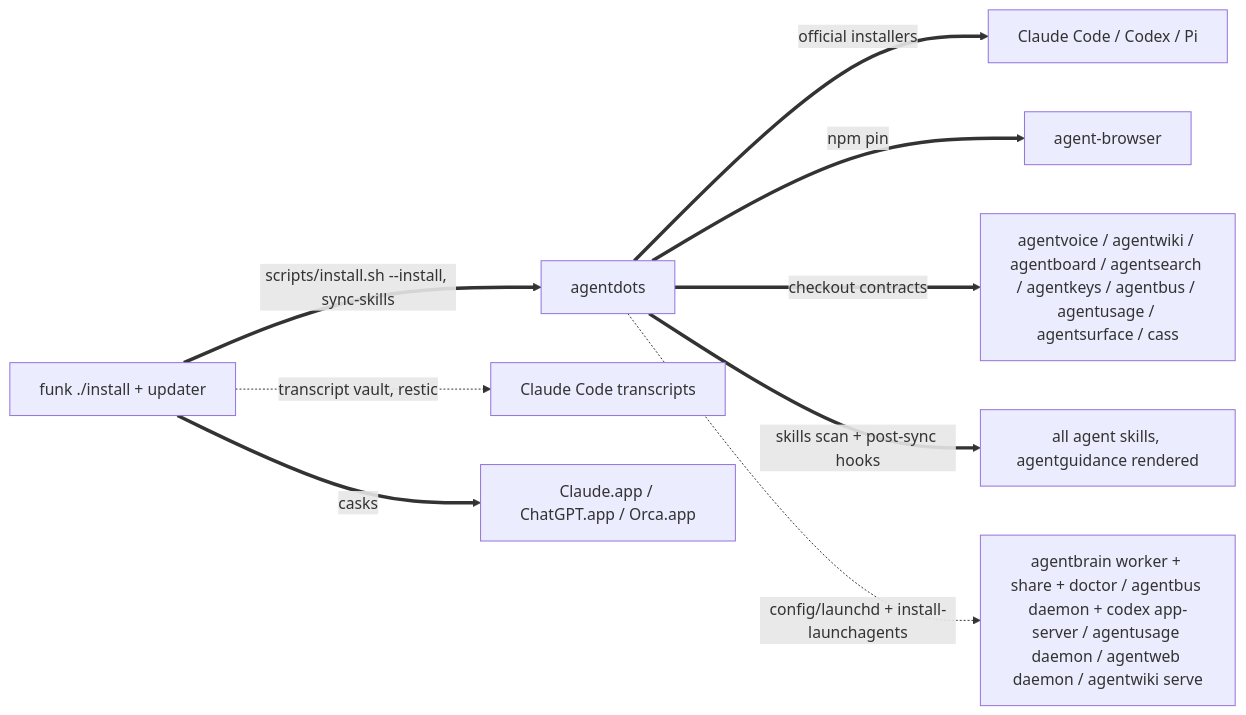
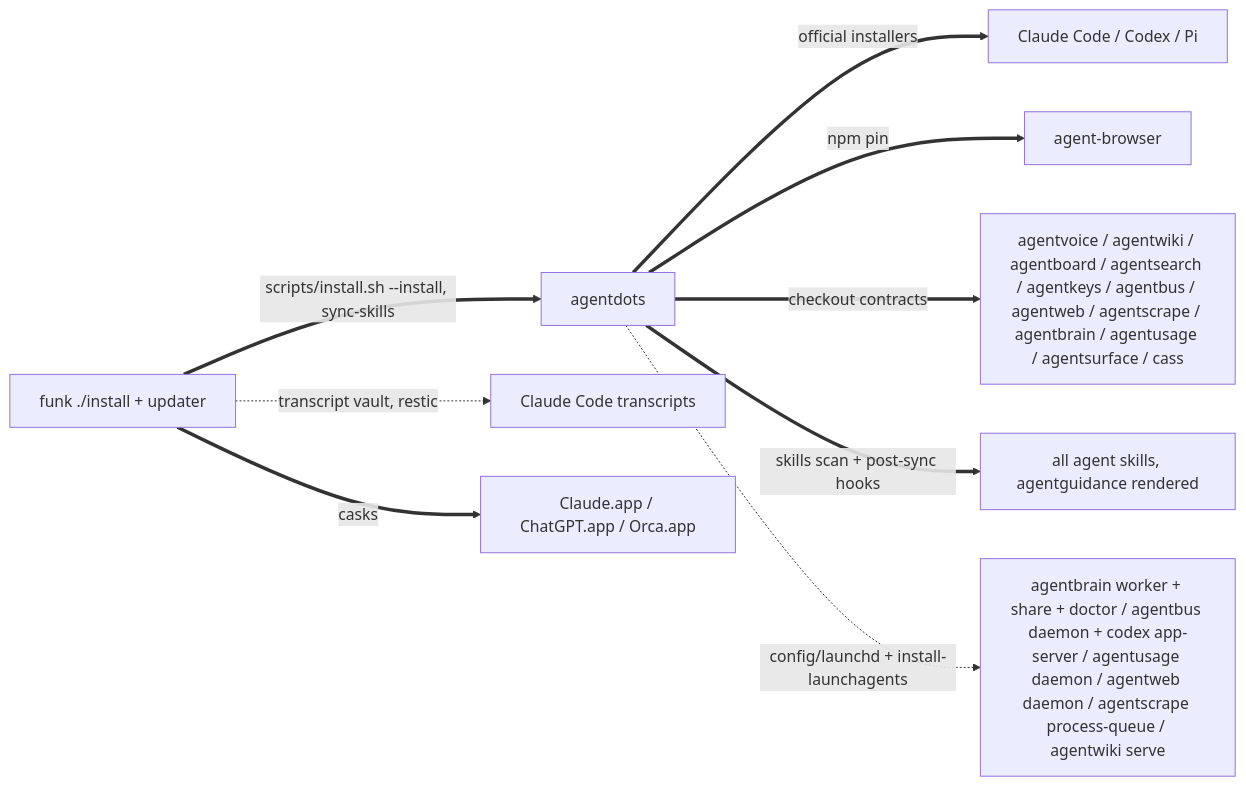
Before and after one commit to possibilities/agentdots: the second of 3 diagrams in skills/fleet/MAP.md, drawn with Mermaid. The commit also changed other lines of this file, not shown here.

Commit message:
Fleet map: name agentscrape.process-queue and the CLIs the loop gained
The service extraction landed without touching the map, which is the rule this
repository states plainly and the second time in this stretch of work it has
been missed. The services node listed eight agents for five tools; there are
nine across six, and agentscrape.process-queue was absent from both the
diagram and the ownership row. The checkout-contracts node also predated
agentweb, agentscrape, and agentbrain joining install-agent-clis.

Claude-Session: https://claude.ai/code/session_01EbLybn4e4acC5SsM8bFzJo

````diff
--- a/skills/fleet/MAP.md
+++ b/skills/fleet/MAP.md
@@ -72,14 +72,14 @@
 ```mermaid
 flowchart LR
     funk[funk ./install + updater]
     dots[agentdots]
 
     funk ==>|scripts/install.sh --install, sync-skills| dots
     dots ==>|official installers| harnesses[Claude Code / Codex / Pi]
     dots ==>|npm pin| browser[agent-browser]
-    dots ==>|checkout contracts| fleet[agentvoice / agentwiki / agentboard / agentsearch / agentkeys / agentbus / agentusage / agentsurface / cass]
+    dots ==>|checkout contracts| fleet[agentvoice / agentwiki / agentboard / agentsearch / agentkeys / agentbus / agentweb / agentscrape / agentbrain / agentusage / agentsurface / cass]
     dots ==>|skills scan + post-sync hooks| skills[all agent skills, agentguidance rendered]
-    dots -.->|config/launchd + install-launchagents| services[agentbrain worker + share + doctor / agentbus daemon + codex app-server / agentusage daemon / agentweb daemon / agentwiki serve]
+    dots -.->|config/launchd + install-launchagents| services[agentbrain worker + share + doctor / agentbus daemon + codex app-server / agentusage daemon / agentweb daemon / agentscrape process-queue / agentwiki serve]
     funk -.->|transcript vault, restic| claudeData[Claude Code transcripts]
     funk ==>|casks| apps[Claude.app / ChatGPT.app / Orca.app]
 ```
````
